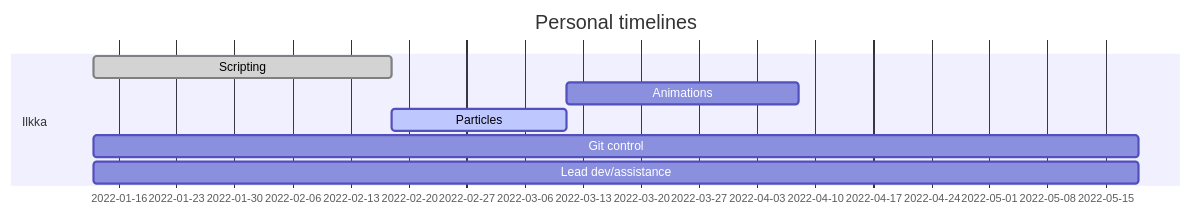
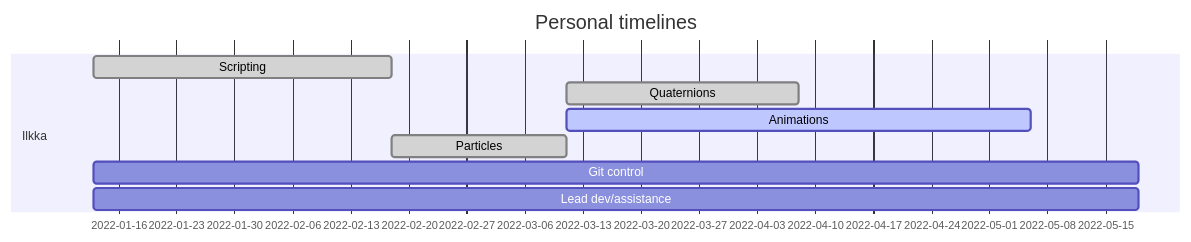
One commit to IlkkaTakala/Eril-Engine changed the second of 3 diagrams in docs/ProjectPlan.md. Above: the diagram before and after it, drawn with Mermaid. The commit also changed other lines of this file, not shown here.

````diff
--- a/docs/ProjectPlan.md
+++ b/docs/ProjectPlan.md
@@ -72,12 +73,13 @@
 ```mermaid
 gantt
 dateFormat  DD-MM
 title Personal timelines
 
 section Ilkka
 Scripting               :done,      ides1, 13-01, 18-02
-Animations              :           ides2, after ides5, 4w
-Particles               :active,    ides5, after ides1, 11-03
+Quaternions             :done,      ides6, after ides5, 08-04
+Animations              :active,    ides2, after ides5, 8w
+Particles               :done,      ides5, after ides1, 11-03
 Git control             :           ides3, 13-01, 18w
 Lead dev/assistance     :           ides4, 13-01, 18w
 ```
````
